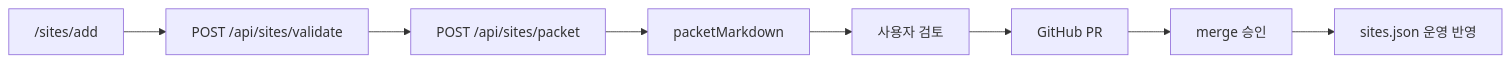
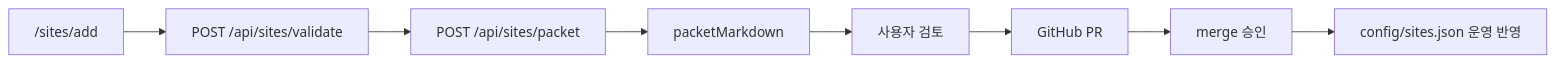
Before and after one commit to pds2225/mail: the diagram in docs/SITE_ADD_IMPLEMENTATION_PLAN.md, drawn with Mermaid. The commit also changed other lines of this file and 184 other files, not shown here.

````diff
--- a/docs/SITE_ADD_IMPLEMENTATION_PLAN.md
+++ b/docs/SITE_ADD_IMPLEMENTATION_PLAN.md
@@ -5,10 +5,10 @@
 ```mermaid
 flowchart LR
   UI["/sites/add"] --> V["POST /api/sites/validate"]
   V --> P["POST /api/sites/packet"]
   P --> M["packetMarkdown"]
   M --> U["사용자 검토"]
   U --> GH["GitHub PR"]
   GH --> MJ["merge 승인"]
-  MJ --> SJ["sites.json 운영 반영"]
+  MJ --> SJ["config/sites.json 운영 반영"]
 ```
````
